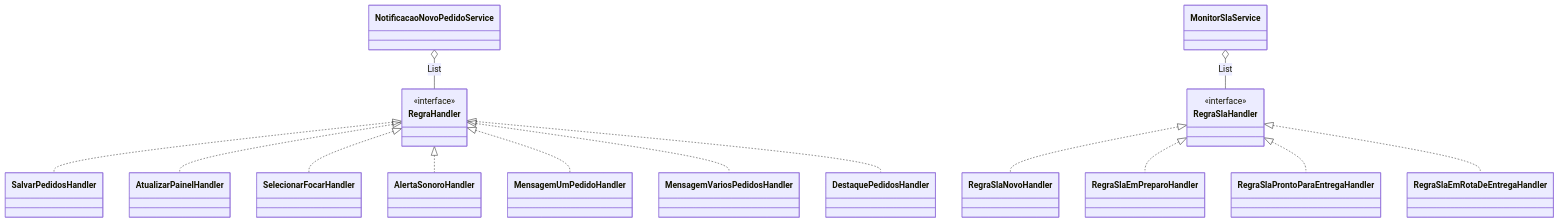
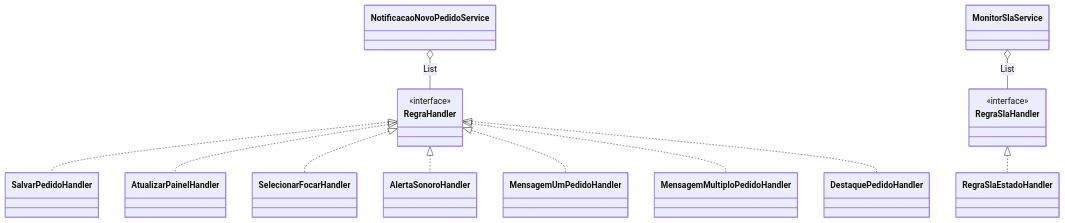
The fourth of 7 diagrams in openspec/specs/painel-acompanhamento-pedidos/design.md (claytonfraga/painel_pedidos_component), drawn with Mermaid before and after one commit. The commit also changed other lines of this file and 35 other files, not shown here.

````diff
--- a/openspec/specs/painel-acompanhamento-pedidos/design.md
+++ b/openspec/specs/painel-acompanhamento-pedidos/design.md
@@ -165,31 +143,25 @@
 ```mermaid
 classDiagram
     class RegraHandler { <<interface>> }
-    class SalvarPedidosHandler
+    class SalvarPedidoHandler
     class AtualizarPainelHandler
     class SelecionarFocarHandler
     class AlertaSonoroHandler
     class MensagemUmPedidoHandler
-    class MensagemVariosPedidosHandler
-    class DestaquePedidosHandler
+    class MensagemMultiploPedidoHandler
+    class DestaquePedidoHandler
     class NotificacaoNovoPedidoService
     class RegraSlaHandler { <<interface>> }
-    class RegraSlaNovoHandler
-    class RegraSlaEmPreparoHandler
-    class RegraSlaProntoParaEntregaHandler
-    class RegraSlaEmRotaDeEntregaHandler
+    class RegraSlaEstadoHandler
     class MonitorSlaService
-    RegraHandler <|.. SalvarPedidosHandler
+    RegraHandler <|.. SalvarPedidoHandler
     RegraHandler <|.. AtualizarPainelHandler
     RegraHandler <|.. SelecionarFocarHandler
     RegraHandler <|.. AlertaSonoroHandler
     RegraHandler <|.. MensagemUmPedidoHandler
-    RegraHandler <|.. MensagemVariosPedidosHandler
-    RegraHandler <|.. DestaquePedidosHandler
+    RegraHandler <|.. MensagemMultiploPedidoHandler
+    RegraHandler <|.. DestaquePedidoHandler
     NotificacaoNovoPedidoService o-- RegraHandler : List
-    RegraSlaHandler <|.. RegraSlaNovoHandler
-    RegraSlaHandler <|.. RegraSlaEmPreparoHandler
-    RegraSlaHandler <|.. RegraSlaProntoParaEntregaHandler
-    RegraSlaHandler <|.. RegraSlaEmRotaDeEntregaHandler
+    RegraSlaHandler <|.. RegraSlaEstadoHandler
     MonitorSlaService o-- RegraSlaHandler : List
 ```
````
